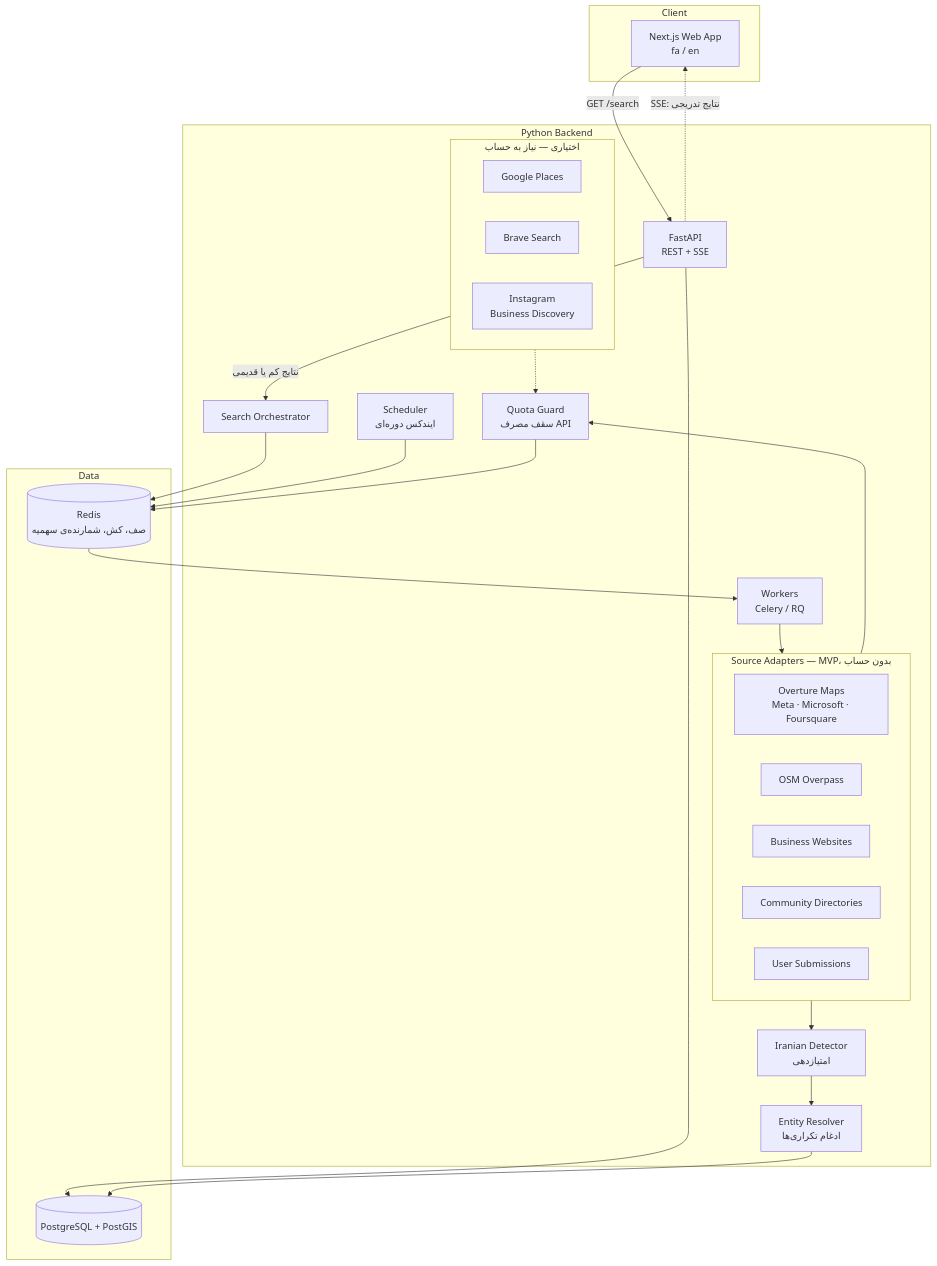
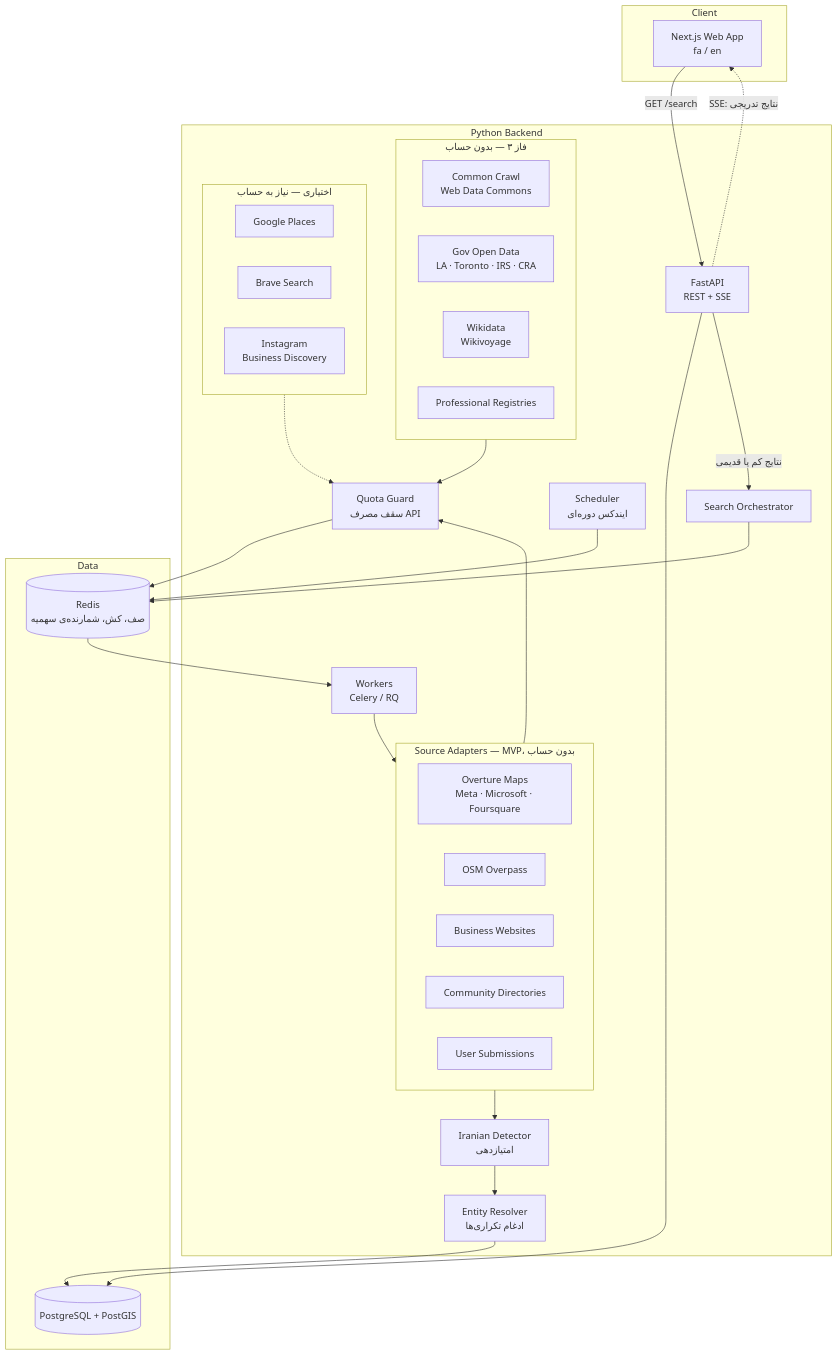
Before and after one commit to TahaFzl/FarsiYab: the diagram in docs/02-architecture.md, drawn with Mermaid. The commit also changed other lines of this file and 14 other files, not shown here.

````diff
--- a/docs/02-architecture.md
+++ b/docs/02-architecture.md
@@ -13,46 +13,53 @@
 ```mermaid
 flowchart TB
     subgraph Client
         W[Next.js Web App<br/>fa / en]
     end
 
     subgraph Backend[Python Backend]
         API[FastAPI<br/>REST + SSE]
         ORCH[Search Orchestrator]
         SCHED[Scheduler<br/>ایندکس دوره‌ای]
         WK[Workers<br/>Celery / RQ]
         subgraph Adapters[Source Adapters — MVP، بدون حساب]
             A0[Overture Maps<br/>Meta · Microsoft · Foursquare]
             A1[OSM Overpass]
             A2[Business Websites]
             A5[Community Directories]
             A6[User Submissions]
+        end
+        subgraph Phase3[فاز ۳ — بدون حساب]
+            B1[Common Crawl<br/>Web Data Commons]
+            B2[Gov Open Data<br/>LA · Toronto · IRS · CRA]
+            B3[Wikidata<br/>Wikivoyage]
+            B4[Professional Registries]
         end
         subgraph Optional[اختیاری — نیاز به حساب]
             O1[Google Places]
             O2[Brave Search]
             O3[Instagram<br/>Business Discovery]
         end
         DET[Iranian Detector<br/>امتیازدهی]
         DEDUP[Entity Resolver<br/>ادغام تکراری‌ها]
         QUOTA[Quota Guard<br/>سقف مصرف API]
     end
 
     subgraph Data
         PG[(PostgreSQL + PostGIS)]
         RD[(Redis<br/>صف، کش، شمارنده‌ی سهمیه)]
     end
 
     W -->|GET /search| API
     API --> PG
     API -->|نتایج کم یا قدیمی| ORCH
     ORCH --> RD
     SCHED --> RD
     RD --> WK
     WK --> Adapters
     Adapters --> QUOTA
     Optional -.-> QUOTA
+    Phase3 --> QUOTA
     QUOTA --> RD
     Adapters --> DET --> DEDUP --> PG
     API -.->|SSE: نتایج تدریجی| W
 ```
````
